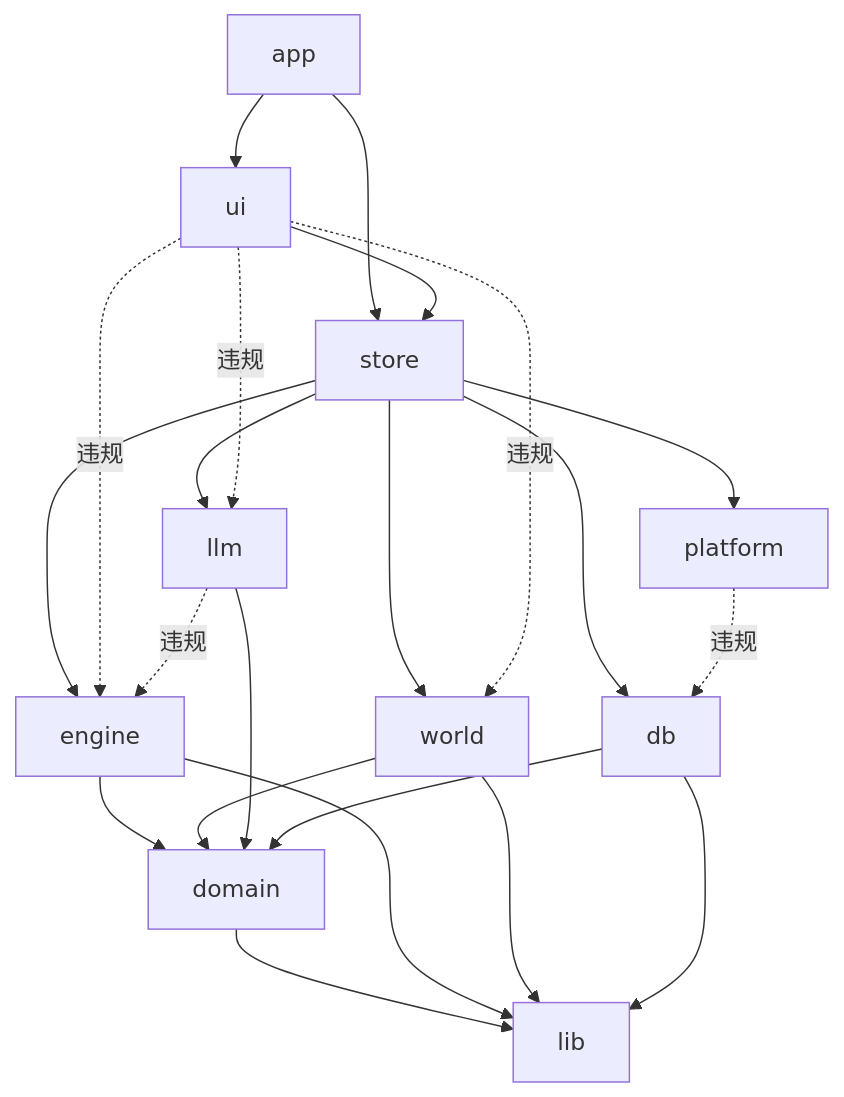
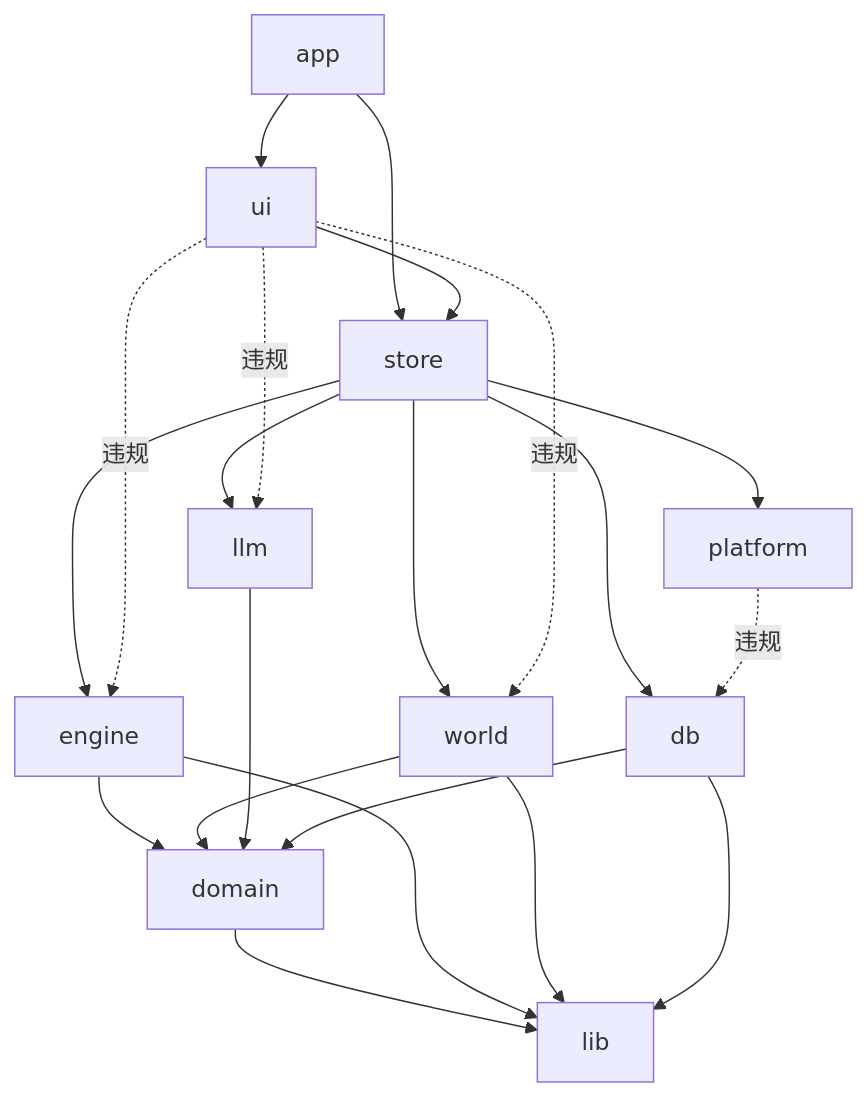
One commit to Roulandu/rpg_life_game changed the second of 4 diagrams in docs/architecture/overview.md. Above: the diagram before and after it, drawn with Mermaid. The commit also changed other lines of this file and 16 other files, not shown here.

First line of the commit message:
refactor(llm): 聊天动作提案化，清偿 llm→engine 红线

````diff
--- a/docs/architecture/overview.md
+++ b/docs/architecture/overview.md
@@ -102,24 +102,23 @@
 ```mermaid
 flowchart TD
   APP[app] --> UI[ui]
   APP --> STORE[store]
   UI --> STORE
   STORE --> ENGINE[engine]
   STORE --> WORLD[world]
   STORE --> LLM[llm]
   STORE --> DB[db]
   STORE --> PLATFORM[platform]
   ENGINE --> DOMAIN[domain]
   WORLD --> DOMAIN
   LLM --> DOMAIN
   DB --> DOMAIN
   DOMAIN --> LIB[lib]
   ENGINE --> LIB
   WORLD --> LIB
   DB --> LIB
   UI -.违规.-> ENGINE
   UI -.违规.-> WORLD
   UI -.违规.-> LLM
-  LLM -.违规.-> ENGINE
   PLATFORM -.违规.-> DB
 ```
````
